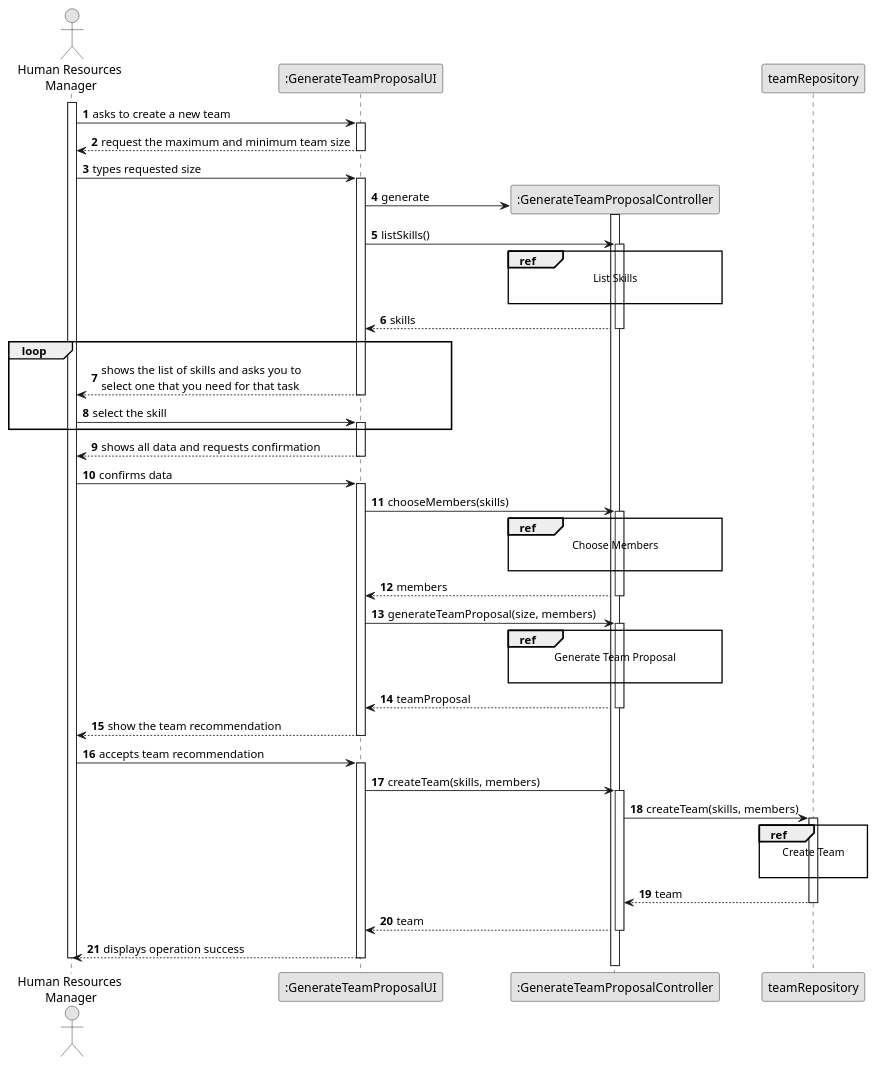
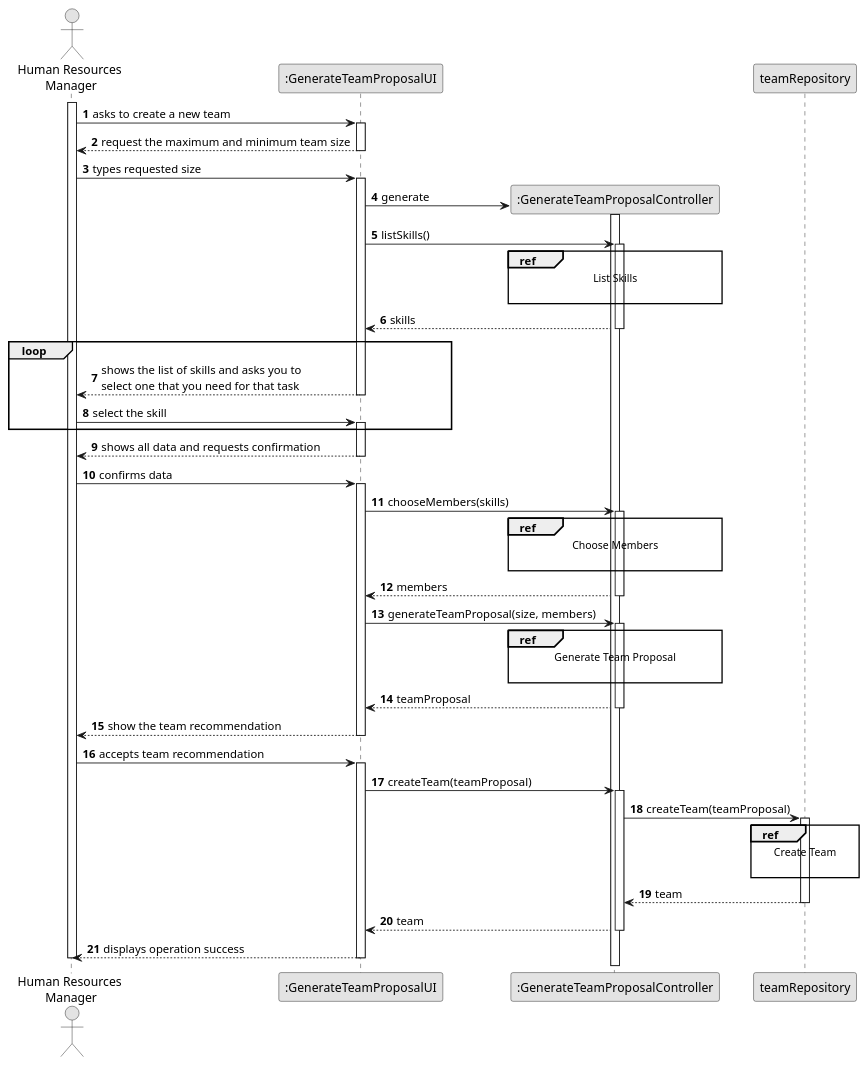
Before and after one commit to diogoveirospro/lei-24-s2-1dg-g072: the diagram in docs/sprintB/us005/03.design/puml/us005-sequence-diagram-split.puml, drawn with PlantUML. The commit also changed 24 other files, not shown here.

Commit message:
I've finished the Sequence Diagrams for US005

```diff
--- a/docs/sprintB/us005/03.design/puml/us005-sequence-diagram-split.puml
+++ b/docs/sprintB/us005/03.design/puml/us005-sequence-diagram-split.puml
@@ -1,108 +1,108 @@
 @startuml
 skinparam monochrome true
 skinparam packageStyle rectangle
 skinparam shadowing false
 
 autonumber
 
 'hide footbox
 actor "Human Resources\n Manager" as HRM
 participant ":GenerateTeamProposalUI" as UI
 participant ":GenerateTeamProposalController" as CTRL
 participant "teamRepository" as TEAMREP
 
 activate HRM
 
     HRM -> UI : asks to create a new team
     activate UI
 
         UI --> HRM : request the maximum and minimum team size
     deactivate UI
 
     HRM -> UI : types requested size
     activate UI
 
         UI -> CTRL** : generate
         activate CTRL
 
         UI -> CTRL : listSkills()
         activate CTRL
 
             ref over CTRL
                 List Skills
 
             end
 
             CTRL --> UI : skills
         deactivate CTRL
 
     loop
         UI --> HRM: shows the list of skills and asks you to \nselect one that you need for that task
     deactivate UI
 
     HRM -> UI: select the skill
     activate UI
 
     end
 
         UI --> HRM: shows all data and requests confirmation
     deactivate UI
 
     HRM -> UI: confirms data
     activate UI
 
         UI -> CTRL: chooseMembers(skills)
         activate CTRL
 
             ref over CTRL
                 Choose Members
 
             end
 
             CTRL --> UI: members
         deactivate CTRL
 
         UI -> CTRL: generateTeamProposal(size, members)
         activate CTRL
 
             ref over CTRL
                 Generate Team Proposal
 
             end
 
             CTRL --> UI: teamProposal
         deactivate CTRL
 
         UI --> HRM: show the team recommendation
     deactivate UI
 
     HRM -> UI: accepts team recommendation
     activate UI
 
-        UI -> CTRL: createTeam(skills, members)
+        UI -> CTRL: createTeam(teamProposal)
         activate CTRL
 
-            CTRL -> TEAMREP: createTeam(skills, members)
+            CTRL -> TEAMREP: createTeam(teamProposal)
             activate TEAMREP
 
                 ref over TEAMREP
                     Create Team
 
                 end
 
                 TEAMREP --> CTRL: team
             deactivate TEAMREP
 
                     deactivate TEAMREP
 
                     deactivate TEAMREP
 
             CTRL --> UI: team
         deactivate CTRL
 
         UI --> HRM: displays operation success
     deactivate UI
 
 deactivate HRM
 
 @enduml
```
